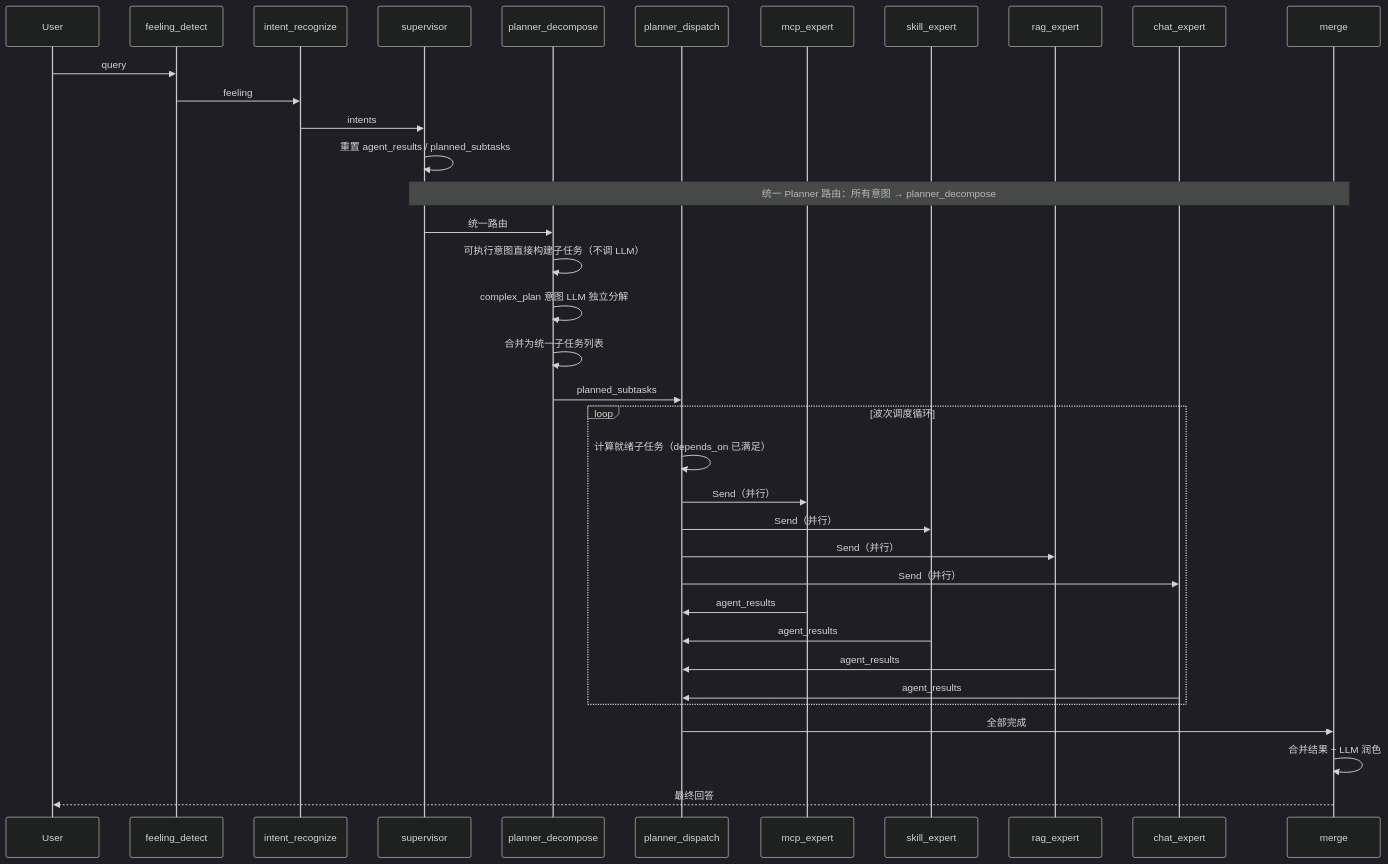
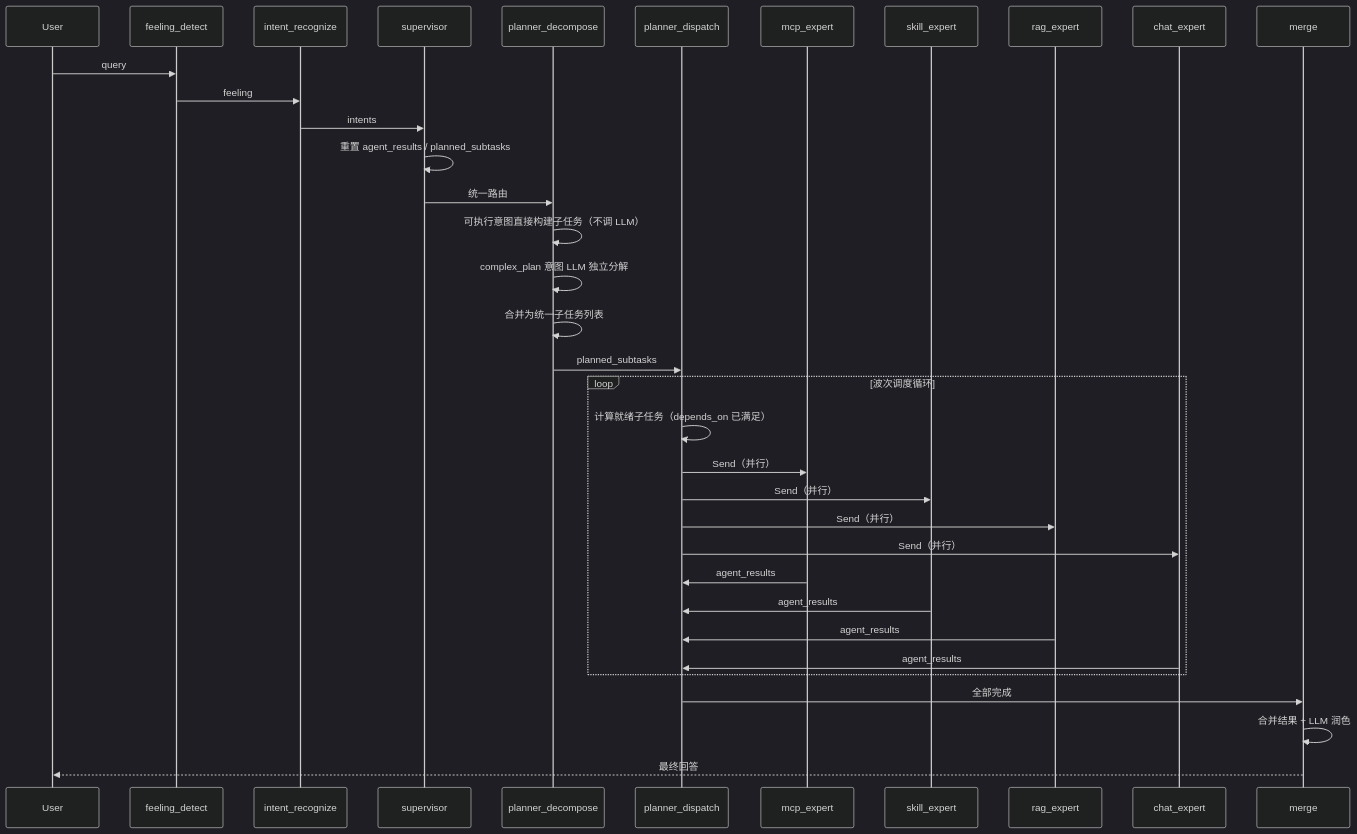
The diagram in README.md (JIAF-JIAF/LangGraphAgent), drawn with Mermaid (dark theme) before and after one commit. The commit also changed other lines of this file and 32 other files, not shown here.

````diff
--- a/README.md
+++ b/README.md
@@ -127,43 +133,38 @@
 ```mermaid
 sequenceDiagram
     participant User
     participant Feeling as feeling_detect
     participant Intent as intent_recognize
     participant Supervisor as supervisor
     participant Planner as planner_decompose
     participant Dispatch as planner_dispatch
     participant MCP as mcp_expert
     participant Skill as skill_expert
     participant RAG as rag_expert
     participant Chat as chat_expert
     participant Merge as merge
 
     User->>Feeling: query
     Feeling->>Intent: feeling
     Intent->>Supervisor: intents
     Supervisor->>Supervisor: 重置 agent_results / planned_subtasks
-
-    Note over Supervisor,Merge: 统一 Planner 路由：所有意图 → planner_decompose
-
     Supervisor->>Planner: 统一路由
     Planner->>Planner: 可执行意图直接构建子任务（不调 LLM）
     Planner->>Planner: complex_plan 意图 LLM 独立分解
     Planner->>Planner: 合并为统一子任务列表
-
     Planner->>Dispatch: planned_subtasks
     loop 波次调度循环
         Dispatch->>Dispatch: 计算就绪子任务（depends_on 已满足）
         Dispatch->>MCP: Send（并行）
         Dispatch->>Skill: Send（并行）
         Dispatch->>RAG: Send（并行）
         Dispatch->>Chat: Send（并行）
         MCP->>Dispatch: agent_results
         Skill->>Dispatch: agent_results
         RAG->>Dispatch: agent_results
         Chat->>Dispatch: agent_results
     end
     Dispatch->>Merge: 全部完成
-
     Merge->>Merge: 合并结果 + LLM 润色
     Merge-->>User: 最终回答
 ```
````
